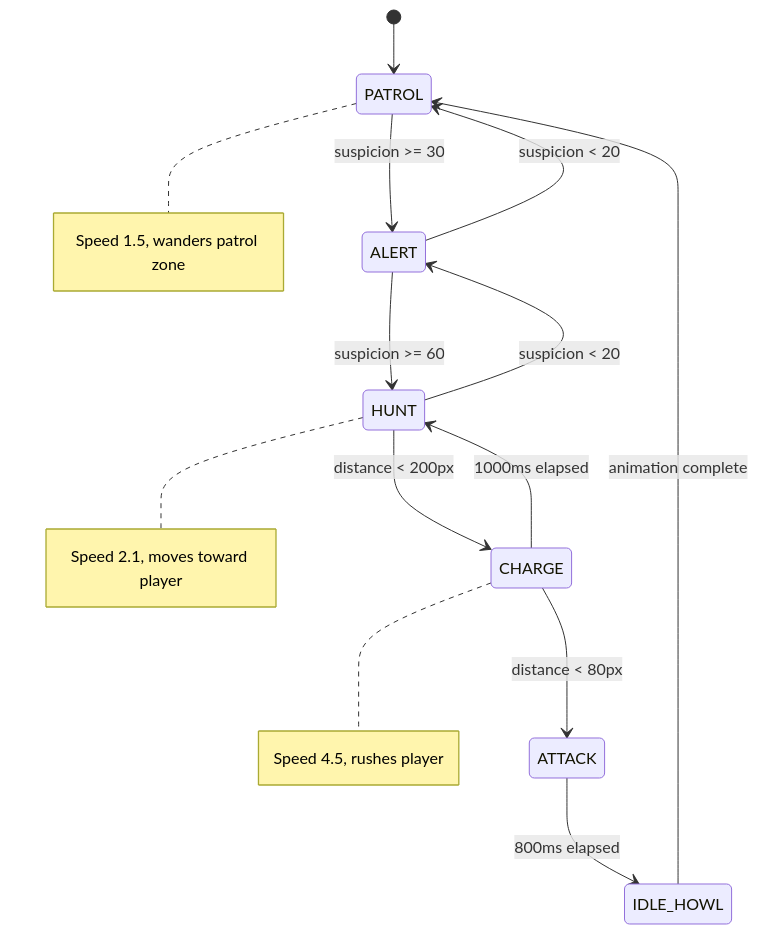
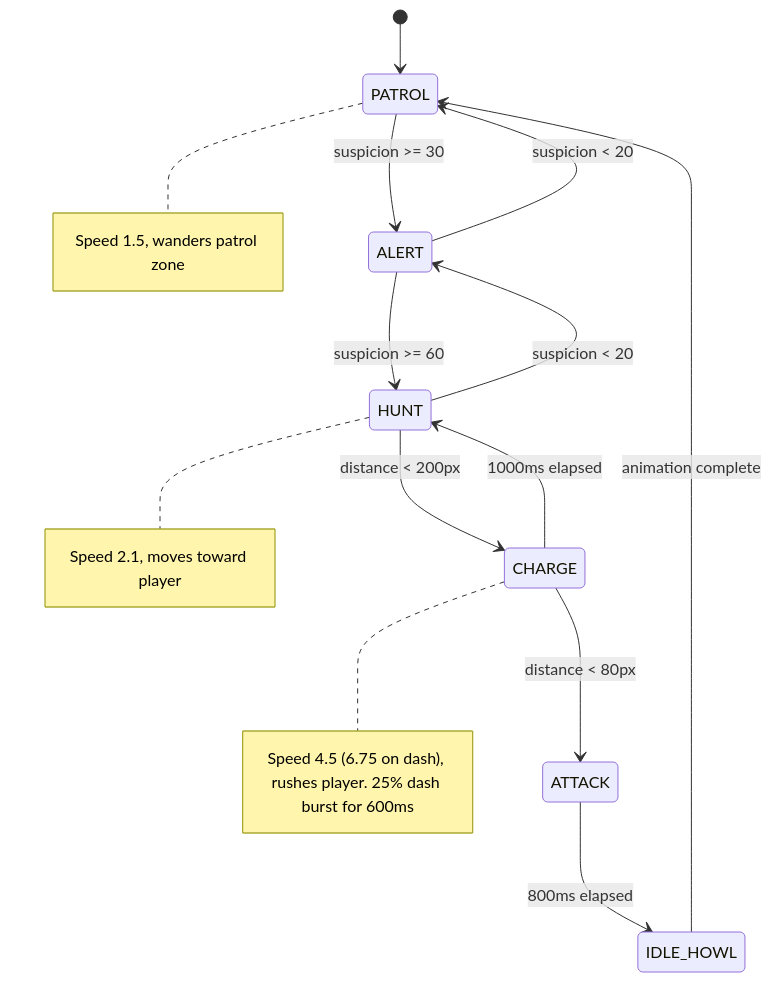
The third of 8 diagrams in ARCHITECTURE.md (Andy00L/Earshot), drawn with Mermaid before and after one commit. The commit also changed other lines of this file and 64 other files, not shown here.

````diff
--- a/ARCHITECTURE.md
+++ b/ARCHITECTURE.md
@@ -183,17 +185,17 @@
 ```mermaid
 stateDiagram-v2
     [*] --> PATROL
     PATROL --> ALERT : suspicion >= 30
     ALERT --> HUNT : suspicion >= 60
     ALERT --> PATROL : suspicion < 20
     HUNT --> CHARGE : distance < 200px
     HUNT --> ALERT : suspicion < 20
     CHARGE --> ATTACK : distance < 80px
     CHARGE --> HUNT : 1000ms elapsed
     ATTACK --> IDLE_HOWL : 800ms elapsed
     IDLE_HOWL --> PATROL : animation complete
 
     note right of PATROL : Speed 1.5, wanders patrol zone
     note right of HUNT : Speed 2.1, moves toward player
-    note right of CHARGE : Speed 4.5, rushes player
+    note right of CHARGE : Speed 4.5 (6.75 on dash), rushes player. 25% dash burst for 600ms
 ```
````
